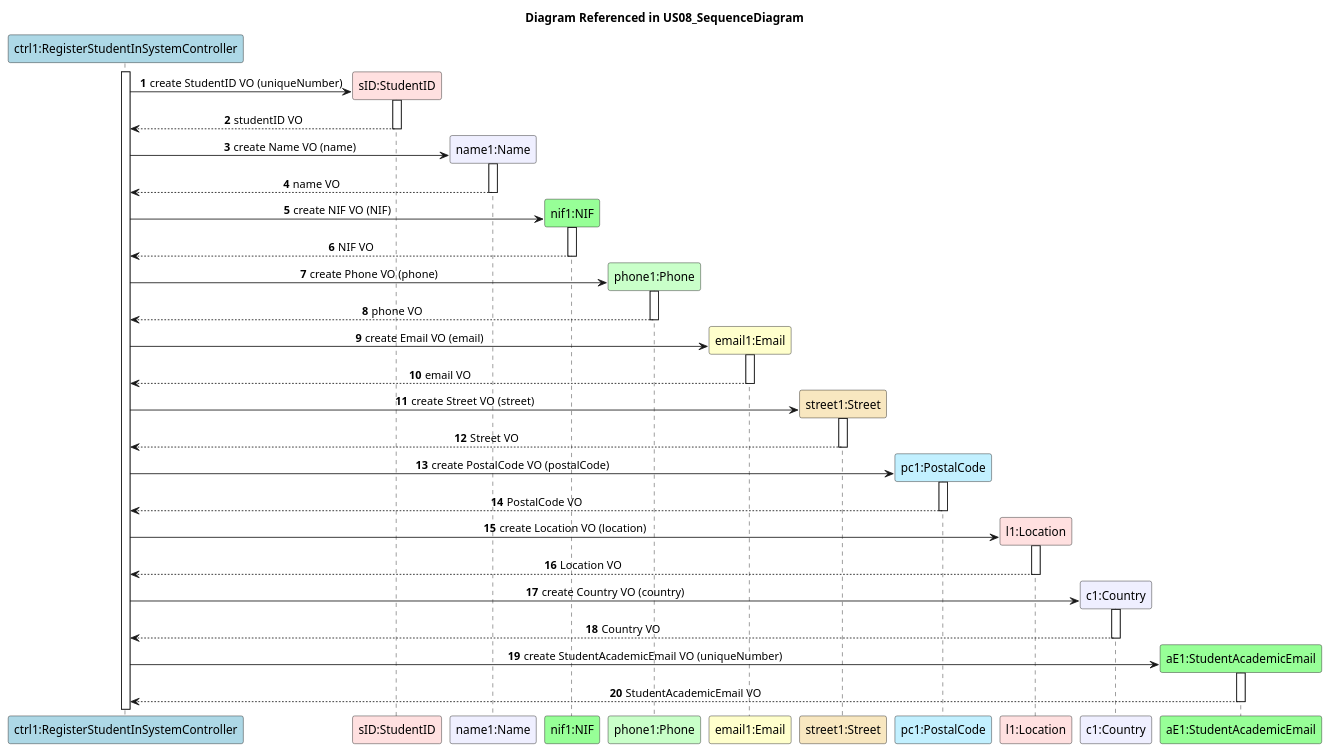
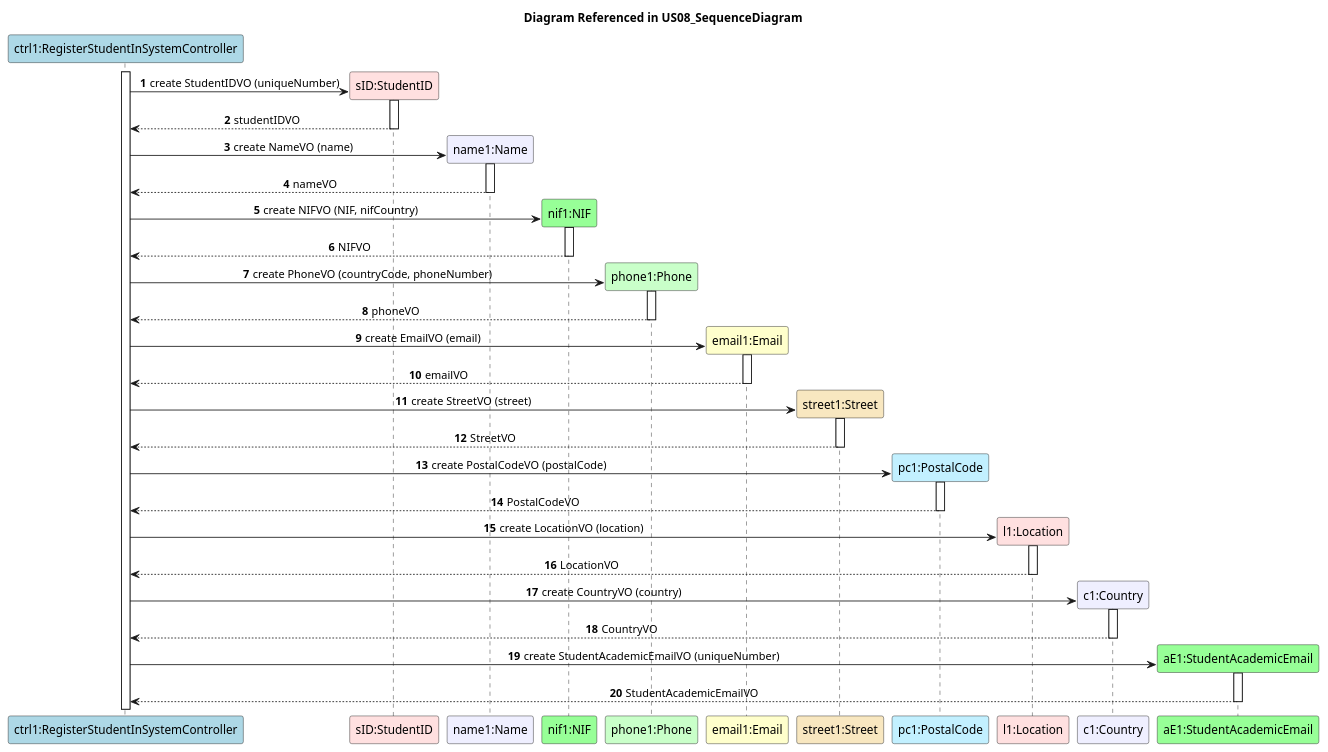
The diagram in docs/US08/US08_VOconversion.puml (GasparISEP/DevOps-PAI), drawn with PlantUML before and after one commit. The commit also changed 2 other files, not shown here.

Commit message:
Fix #269: Minor corrections in RegisterAStudentInTheSystem sequence diagrama and related ref diagrams

```diff
--- a/docs/US08/US08_VOconversion.puml
+++ b/docs/US08/US08_VOconversion.puml
@@ -1,69 +1,69 @@
 @startuml
 autonumber
 skinparam sequenceMessageAlign center
 title Diagram Referenced in US08_SequenceDiagram
 
 participant "ctrl1:RegisterStudentInSystemController" as Controller #lightblue
 participant "sID:StudentID" as studentID #implementation
 participant "name1:Name" as name #motivation
 participant "nif1:NIF" as NIF #physical
 participant "phone1:Phone" as phone #technology
 participant "email1:Email" as email #business
 participant "street1:Street" as street #strategy
 participant "pc1:PostalCode" as postalCode #application
 participant "l1:Location" as location #implementation
 participant "c1:Country" as country #motivation
 participant "aE1:StudentAcademicEmail" as academicEmail #physical
 
 activate Controller
-Controller -> studentID** : create StudentID VO (uniqueNumber)
+Controller -> studentID** : create StudentIDVO (uniqueNumber)
 activate studentID
-studentID --> Controller : studentID VO
+studentID --> Controller : studentIDVO
 deactivate studentID
 
-Controller -> name** : create Name VO (name)
+Controller -> name** : create NameVO (name)
 activate name
-name --> Controller : name VO
+name --> Controller : nameVO
 deactivate name
 
-Controller -> NIF**: create NIF VO (NIF)
+Controller -> NIF**: create NIFVO (NIF, nifCountry)
 activate NIF
-NIF --> Controller: NIF VO
+NIF --> Controller: NIFVO
 deactivate NIF
 
-Controller -> phone** : create Phone VO (phone)
+Controller -> phone** : create PhoneVO (countryCode, phoneNumber)
 activate phone
-phone --> Controller : phone VO
+phone --> Controller : phoneVO
 deactivate phone
 
-Controller -> email** : create Email VO (email)
+Controller -> email** : create EmailVO (email)
 activate email
-email --> Controller : email VO
+email --> Controller : emailVO
 deactivate email
 
-Controller -> street** : create Street VO (street)
+Controller -> street** : create StreetVO (street)
 activate street
-street --> Controller : Street VO
+street --> Controller : StreetVO
 deactivate street
 
-Controller -> postalCode** : create PostalCode VO (postalCode)
+Controller -> postalCode** : create PostalCodeVO (postalCode)
 activate postalCode
-postalCode --> Controller : PostalCode VO
+postalCode --> Controller : PostalCodeVO
 deactivate postalCode
 
-Controller -> location** : create Location VO (location)
+Controller -> location** : create LocationVO (location)
 activate location
-location --> Controller : Location VO
+location --> Controller : LocationVO
 deactivate location
 
-Controller -> country** : create Country VO (country)
+Controller -> country** : create CountryVO (country)
 activate country
-country --> Controller : Country VO
+country --> Controller : CountryVO
 deactivate country
 
-Controller -> academicEmail** : create StudentAcademicEmail VO (uniqueNumber)
+Controller -> academicEmail** : create StudentAcademicEmailVO (uniqueNumber)
 activate academicEmail
-academicEmail --> Controller : StudentAcademicEmail VO
+academicEmail --> Controller : StudentAcademicEmailVO
 deactivate academicEmail
 
 @enduml
```
